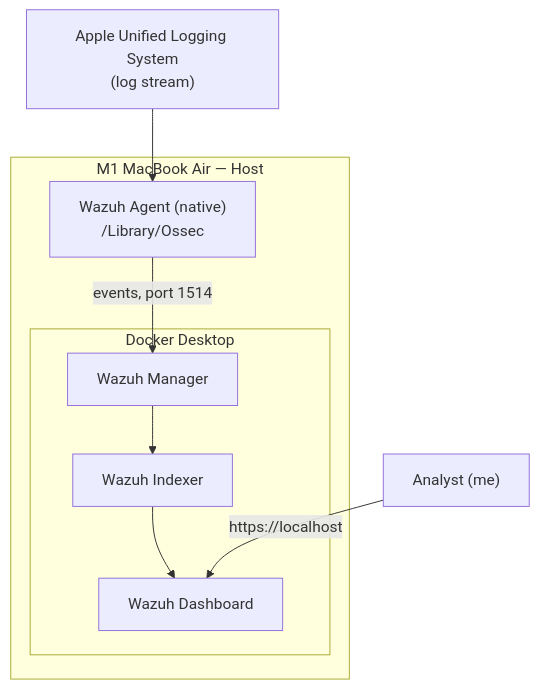
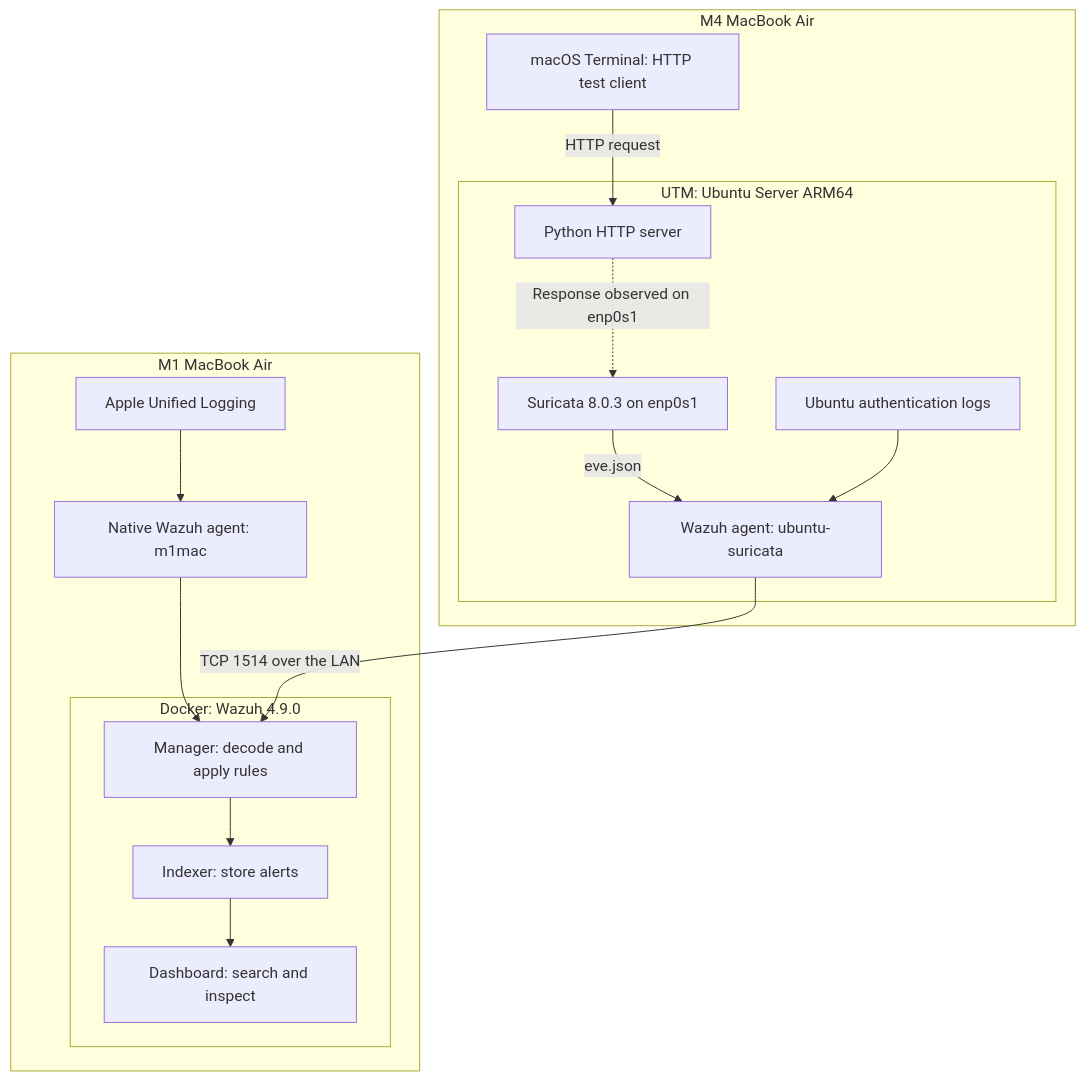
The diagram in README.md (karankk97/Wazuh-SIEM-Home-Lab-macOS-Edition), drawn with Mermaid before and after one commit. The commit also changed other lines of this file and 5 other files, not shown here.

Commit message:
Document validated macOS and Ubuntu detections with screenshots

````diff
--- a/README.md
+++ b/README.md
@@ -39,16 +9,25 @@
 ```mermaid
-flowchart TB
-    ULS["Apple Unified Logging System<br/>(log stream)"] --> Agent
-    subgraph Mac["M1 MacBook Air — Host"]
-        Agent["Wazuh Agent (native)<br/>/Library/Ossec"]
-        subgraph Docker["Docker Desktop"]
-            Manager["Wazuh Manager"]
-            Indexer["Wazuh Indexer"]
-            Dashboard["Wazuh Dashboard"]
+flowchart TD
+    subgraph M4["M4 MacBook Air"]
+        Client["macOS Terminal: HTTP test client"]
+        subgraph VM["UTM: Ubuntu Server ARM64"]
+            HTTP["Python HTTP server"]
+            Sensor["Suricata 8.0.3 on enp0s1"]
+            Linux["Wazuh agent: ubuntu-suricata"]
+            OS["Ubuntu authentication logs"]
+            Sensor -->|"eve.json"| Linux
+            OS --> Linux
         end
-        Agent -->|events, port 1514| Manager
-        Manager --> Indexer
-        Indexer --> Dashboard
+        Client -->|"HTTP request"| HTTP
+        HTTP -.->|"Response observed on enp0s1"| Sensor
     end
-    You["Analyst (me)"] -->|https://localhost| Dashboard
+    subgraph M1["M1 MacBook Air"]
+        ULS["Apple Unified Logging"] --> Mac["Native Wazuh agent: m1mac"]
+        subgraph Docker["Docker: Wazuh 4.9.0"]
+            Manager["Manager: decode and apply rules"] --> Indexer["Indexer: store alerts"]
+            Indexer --> Dashboard["Dashboard: search and inspect"]
+        end
+        Mac --> Manager
+    end
+    Linux -->|"TCP 1514 over the LAN"| Manager
 ```
````
